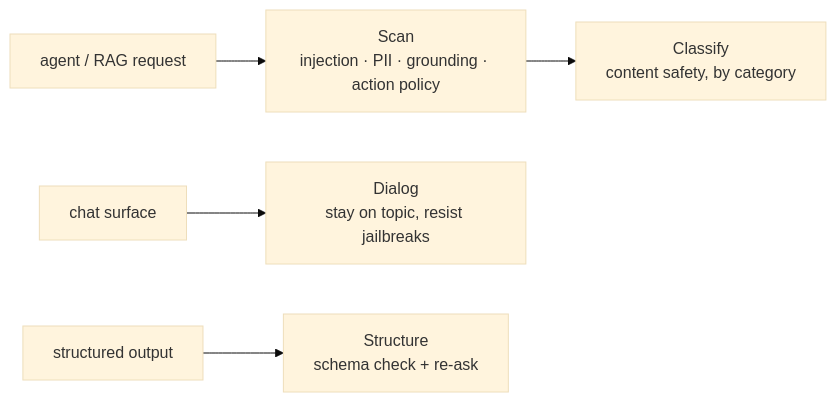
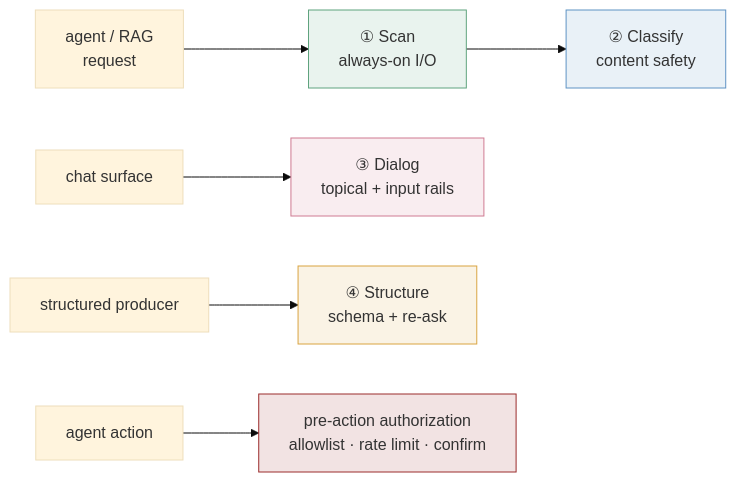
The second of 2 diagrams in README.md (edtbl76/grkit), drawn with Mermaid (base theme) before and after one commit. The commit also changed other lines of this file and 9 other files, not shown here.

First line of the commit message:
0.2.0: the guardrails platform structure up front; the act hook fails closed

````diff
--- a/README.md
+++ b/README.md
@@ -80,7 +90,19 @@
 ```mermaid
 flowchart LR
-  req["agent / RAG request"] --> scan["Scan<br/>injection · PII · grounding · action policy"]
-  scan --> classify["Classify<br/>content safety, by category"]
-  chat["chat surface"] --> dialog["Dialog<br/>stay on topic, resist jailbreaks"]
-  prod["structured output"] --> structure["Structure<br/>schema check + re-ask"]
+  req["agent / RAG<br/>request"] --> scan["① Scan<br/>always-on I/O"]
+  scan --> classify["② Classify<br/>content safety"]
+  chat["chat surface"] --> dialog["③ Dialog<br/>topical + input rails"]
+  prod["structured producer"] --> structure["④ Structure<br/>schema + re-ask"]
+  act["agent action"] --> authz["pre-action authorization<br/>allowlist · rate limit · confirm"]
+
+  classDef scan fill:#5fa37e22,stroke:#5fa37e;
+  classDef cls fill:#5f93c422,stroke:#5f93c4;
+  classDef dlg fill:#cf7a9222,stroke:#cf7a92;
+  classDef str fill:#d9a44122,stroke:#d9a441;
+  classDef auth fill:#9b2c2c22,stroke:#9b2c2c;
+  class scan scan
+  class classify cls
+  class dialog dlg
+  class structure str
+  class authz auth
 ```
````
